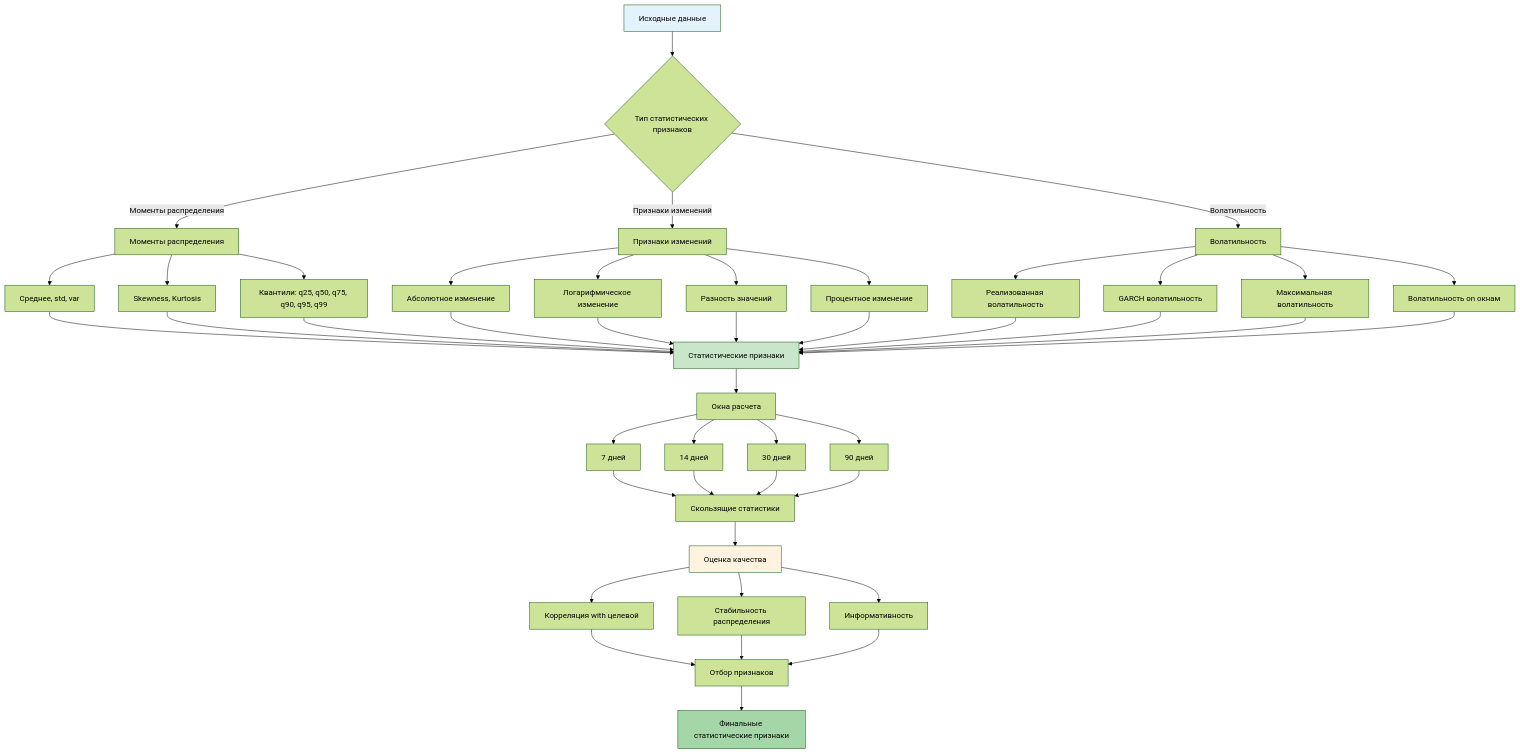
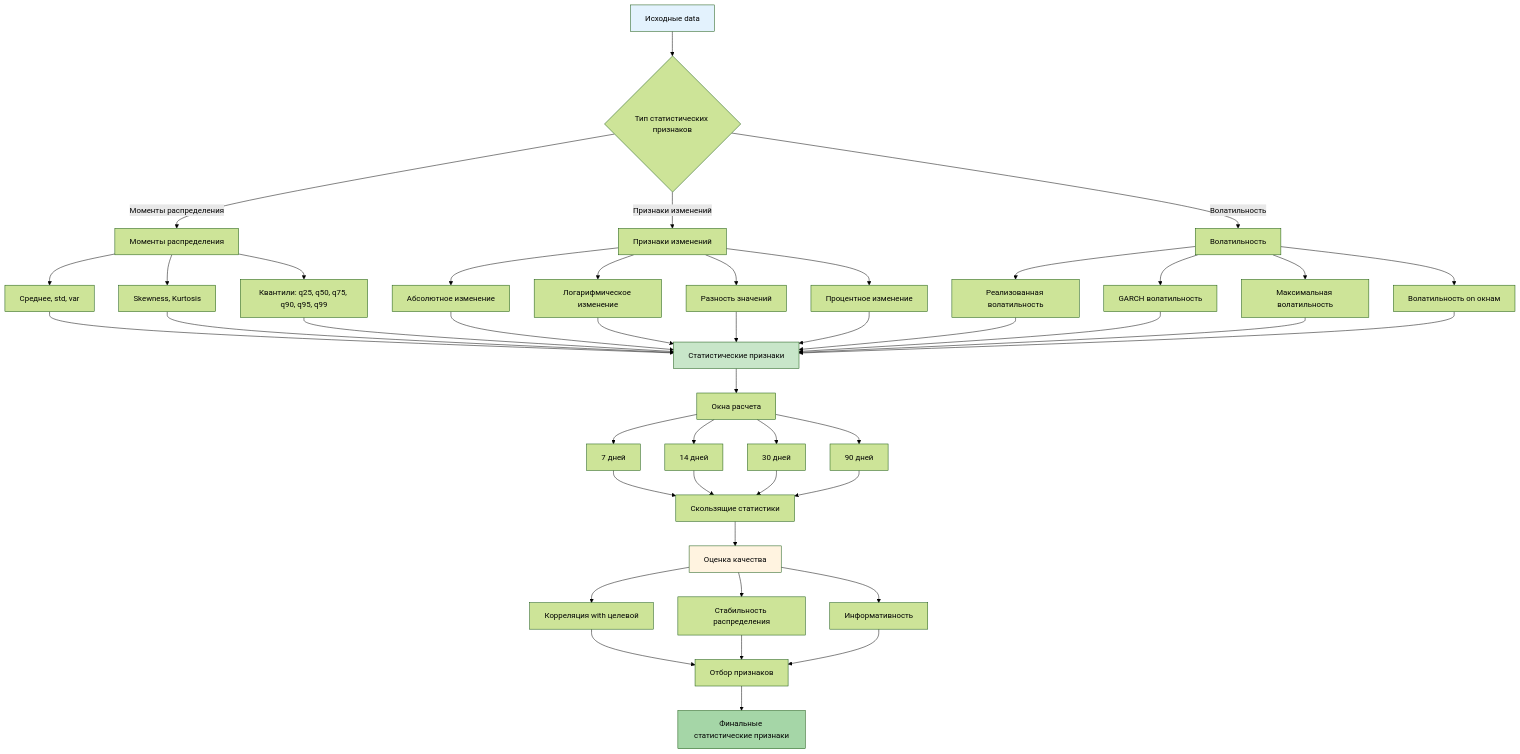
One commit to NeoZorK/neozork-hld-prediction changed the fourth of 9 diagrams in docs/automl/gluon/28_feature_generation_advanced.md. Above: the diagram before and after it, drawn with Mermaid (forest theme). The commit also changed other lines of this file and 108 other files, not shown here.

````diff
--- a/docs/automl/gluon/28_feature_generation_advanced.md
+++ b/docs/automl/gluon/28_feature_generation_advanced.md
@@ -966,61 +966,61 @@
 ```mermaid
 graph TD
- A[Исходные данные] --> B{Тип статистических признаков}
+ A[Исходные data] --> B{Тип статистических признаков}
 
  B -->|Моменты распределения| C[Моменты распределения]
  B -->|Признаки изменений| D[Признаки изменений]
  B -->|Волатильность| E[Волатильность]
 
  C --> C1[Среднее, std, var]
  C --> C2[Skewness, Kurtosis]
  C --> C3[Квантили: q25, q50, q75, q90, q95, q99]
 
  D --> D1[Абсолютное изменение]
  D --> D2[Логарифмическое изменение]
  D --> D3[Разность значений]
  D --> D4[Процентное изменение]
 
  E --> E1[Реализованная волатильность]
  E --> E2[GARCH волатильность]
  E --> E3[Максимальная волатильность]
  E --> E4[Волатильность on окнам]
 
  C1 --> F[Статистические признаки]
  C2 --> F
  C3 --> F
  D1 --> F
  D2 --> F
  D3 --> F
  D4 --> F
  E1 --> F
  E2 --> F
  E3 --> F
  E4 --> F
 
  F --> G[Окна расчета]
  G --> G1[7 дней]
  G --> G2[14 дней]
  G --> G3[30 дней]
  G --> G4[90 дней]
 
  G1 --> H[Скользящие статистики]
  G2 --> H
  G3 --> H
  G4 --> H
 
  H --> I[Оценка качества]
  I --> J[Корреляция with целевой]
  I --> K[Стабильность распределения]
  I --> L[Информативность]
 
  J --> M[Отбор признаков]
  K --> M
  L --> M
 
  M --> N[Финальные статистические признаки]
 
  style A fill:#e3f2fd
  style F fill:#c8e6c9
  style N fill:#a5d6a7
  style I fill:#fff3e0
 ```
````
